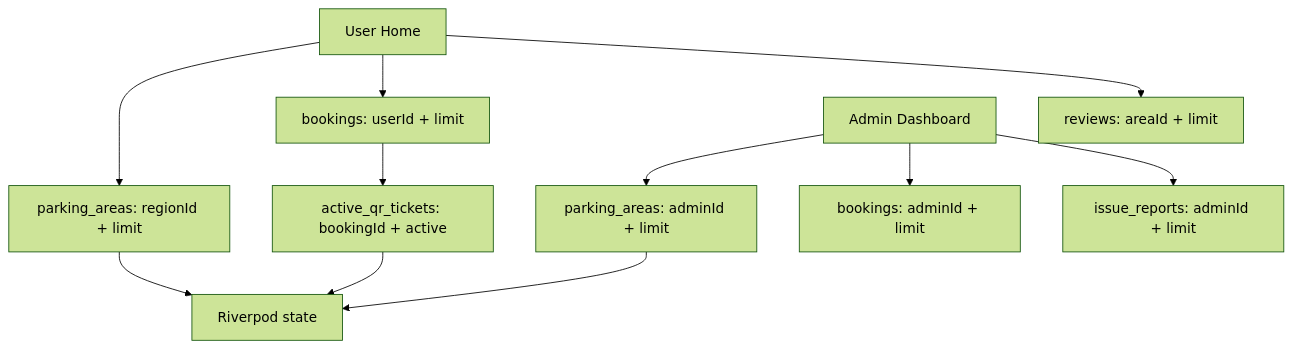
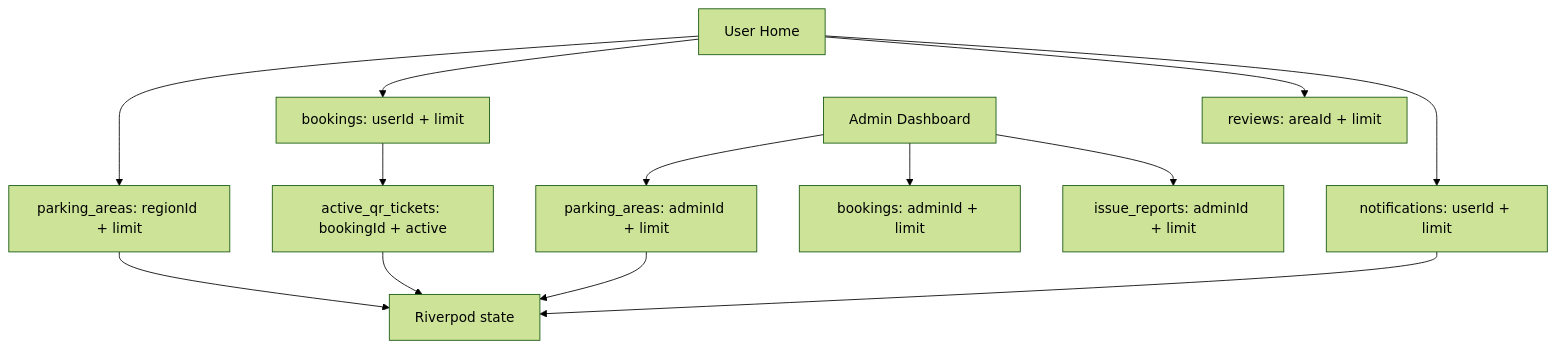
One commit to snehil-pandey/smart-parking-occupancy-system changed the seventh of 14 diagrams in docs/ARCHITECTURE.md. Above: the diagram before and after it, drawn with Mermaid (forest theme). The commit also changed other lines of this file and 9 other files, not shown here.

````diff
--- a/docs/ARCHITECTURE.md
+++ b/docs/ARCHITECTURE.md
@@ -111,13 +116,15 @@
 ```mermaid
 flowchart TD
   UserHome["User Home"] --> UserAreas["parking_areas: regionId + limit"]
   UserHome --> UserBookings["bookings: userId + limit"]
   UserBookings --> UserQR["active_qr_tickets: bookingId + active"]
   UserHome --> Reviews["reviews: areaId + limit"]
+  UserHome --> Notifications["notifications: userId + limit"]
   AdminHome["Admin Dashboard"] --> AdminAreas["parking_areas: adminId + limit"]
   AdminHome --> AdminBookings["bookings: adminId + limit"]
   AdminHome --> AdminIssues["issue_reports: adminId + limit"]
   UserAreas --> Riverpod["Riverpod state"]
   AdminAreas --> Riverpod
   UserQR --> Riverpod
+  Notifications --> Riverpod
 ```
````
